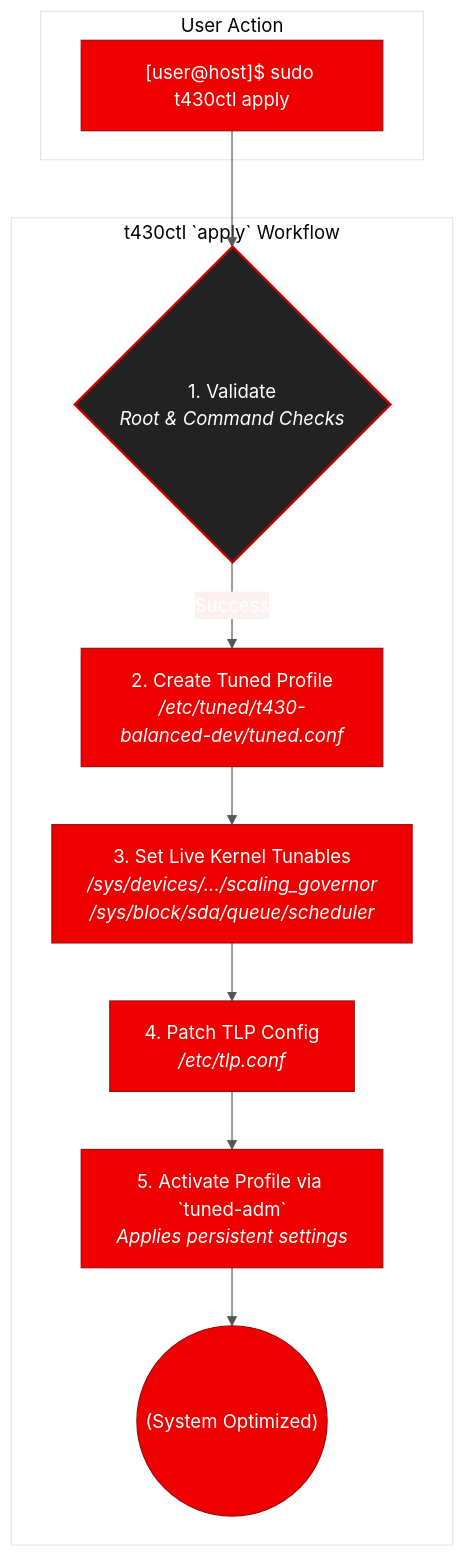
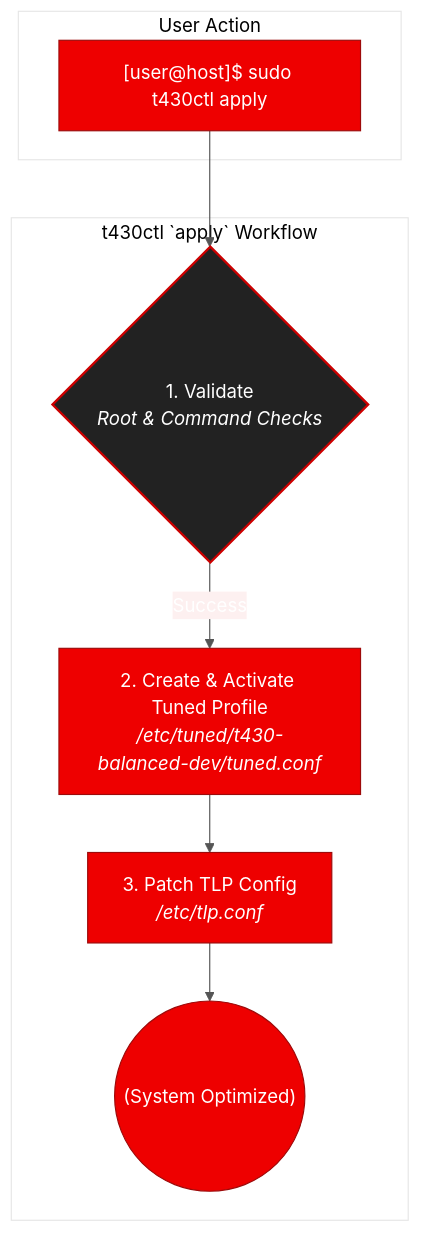
One commit to ITSsafer-DevOps/Optimization_RHEL_RustLang changed the first of 3 diagrams in README.md. Above: the diagram before and after it, drawn with Mermaid. The commit also changed other lines of this file, not shown here.

````diff
--- a/README.md
+++ b/README.md
@@ -43,24 +43,20 @@
 ```mermaid
 %%{init: { 'theme': 'base', 'themeVariables': { 'primaryColor': '#EE0000', 'primaryTextColor': '#fff', 'primaryBorderColor': '#9d0a0a', 'lineColor': '#555', 'secondaryColor': '#fdf0f0', 'tertiaryColor': '#fff'}}}%%
 graph TD
     subgraph "User Action"
         A["[user@host]$ sudo t430ctl apply"]
     end
 
     subgraph "t430ctl `apply` Workflow"
         style B fill:#222,stroke:#c00,stroke-width:2px,color:#fff
         B{"1. Validate<br><i>Root & Command Checks</i>"}
-        C["2. Create Tuned Profile<br><i>/etc/tuned/t430-balanced-dev/tuned.conf</i>"]
-        D["3. Set Live Kernel Tunables<br><i>/sys/devices/.../scaling_governor<br>/sys/block/sda/queue/scheduler</i>"]
-        E["4. Patch TLP Config<br><i>/etc/tlp.conf</i>"]
-        F["5. Activate Profile via `tuned-adm`<br><i>Applies persistent settings</i>"]
-        G(("(System Optimized)"))
+        C["2. Create & Activate Tuned Profile<br><i>/etc/tuned/t430-balanced-dev/tuned.conf</i>"]
+        D["3. Patch TLP Config<br><i>/etc/tlp.conf</i>"]
+        E(("(System Optimized)"))
     end
 
     A --> B;
     B -- Success --> C;
     C --> D;
     D --> E;
-    E --> F;
-    F --> G;
 ```
````
